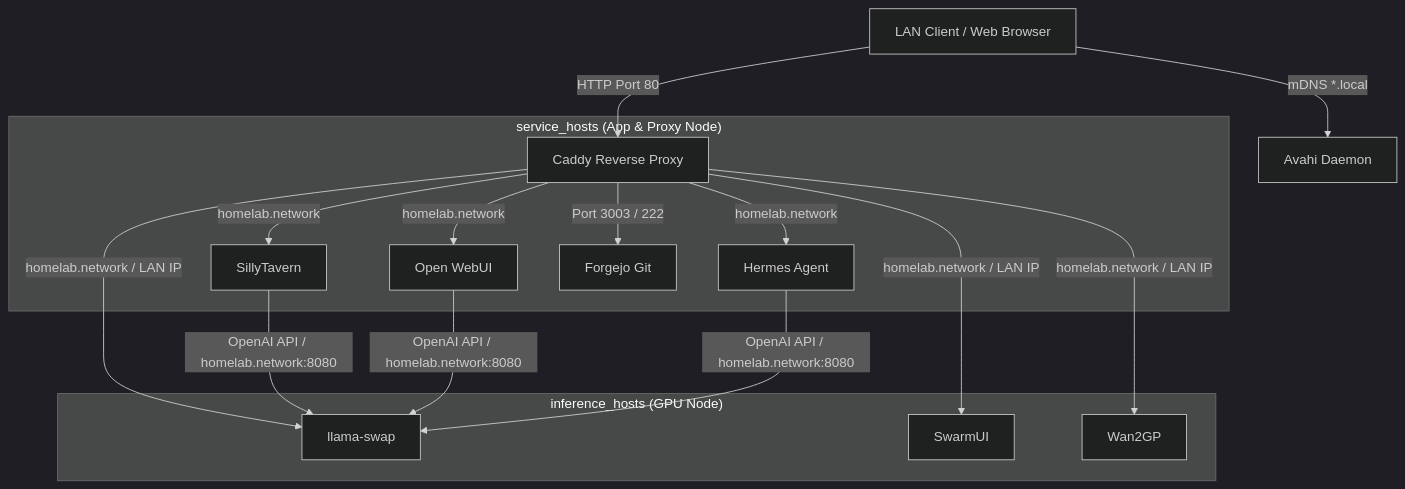
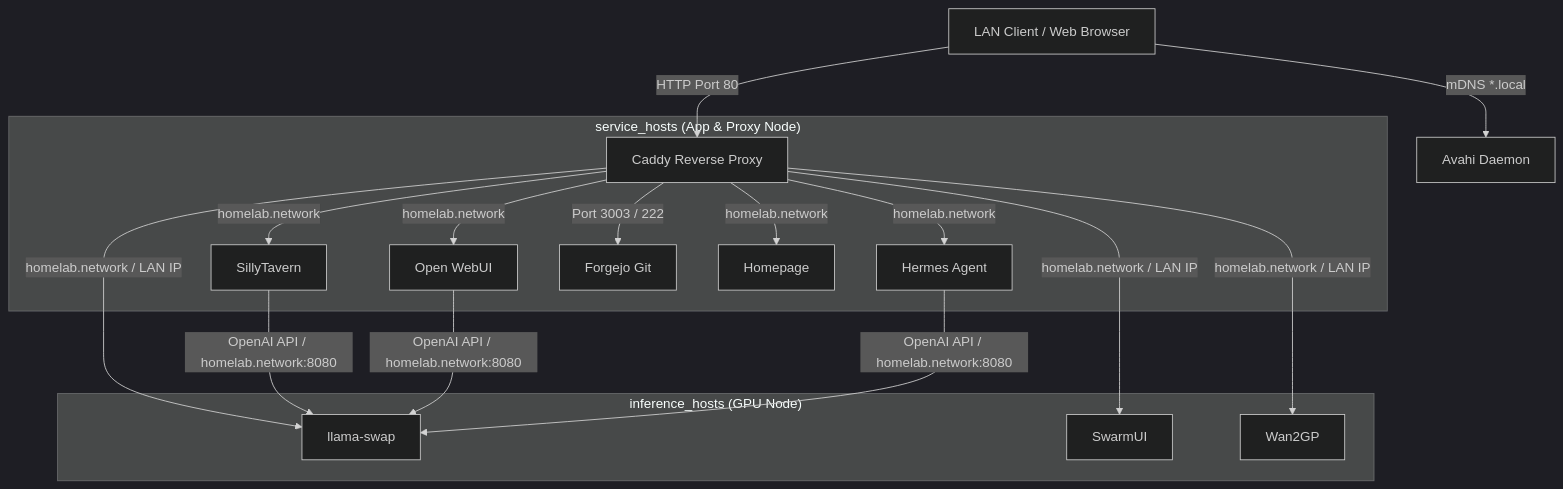
The diagram in docs/architecture.md (Darkkal/homelab), drawn with Mermaid (dark theme) before and after one commit. The commit also changed other lines of this file, not shown here.

Commit message:
docs(architecture): add homepage to service_hosts topology

````diff
--- a/docs/architecture.md
+++ b/docs/architecture.md
@@ -23,22 +23,23 @@
 ```mermaid
 graph TD
     Client[LAN Client / Web Browser] -->|mDNS *.local| Avahi[Avahi Daemon]
     Client -->|HTTP Port 80| Caddy[Caddy Reverse Proxy]
     
     subgraph service_hosts ["service_hosts (App & Proxy Node)"]
         Caddy -->|homelab.network| SillyTavern[SillyTavern]
         Caddy -->|homelab.network| OpenWebUI[Open WebUI]
         Caddy -->|homelab.network| Hermes[Hermes Agent]
         Caddy -->|Port 3003 / 222| Forgejo[Forgejo Git]
+        Caddy -->|homelab.network| Homepage[Homepage]
     end
 
     subgraph inference_hosts ["inference_hosts (GPU Node)"]
         Caddy -->|homelab.network / LAN IP| LlamaSwap[llama-swap]
         Caddy -->|homelab.network / LAN IP| SwarmUI[SwarmUI]
         Caddy -->|homelab.network / LAN IP| Wan2GP[Wan2GP]
     end
 
     SillyTavern -->|OpenAI API / homelab.network:8080| LlamaSwap
     OpenWebUI -->|OpenAI API / homelab.network:8080| LlamaSwap
     Hermes -->|OpenAI API / homelab.network:8080| LlamaSwap
 ```
````
